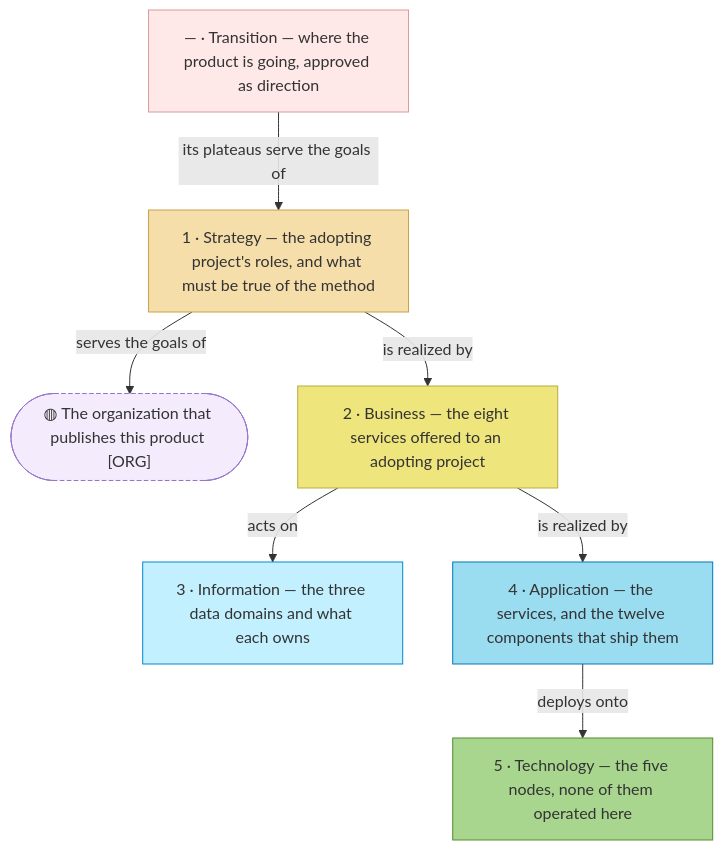
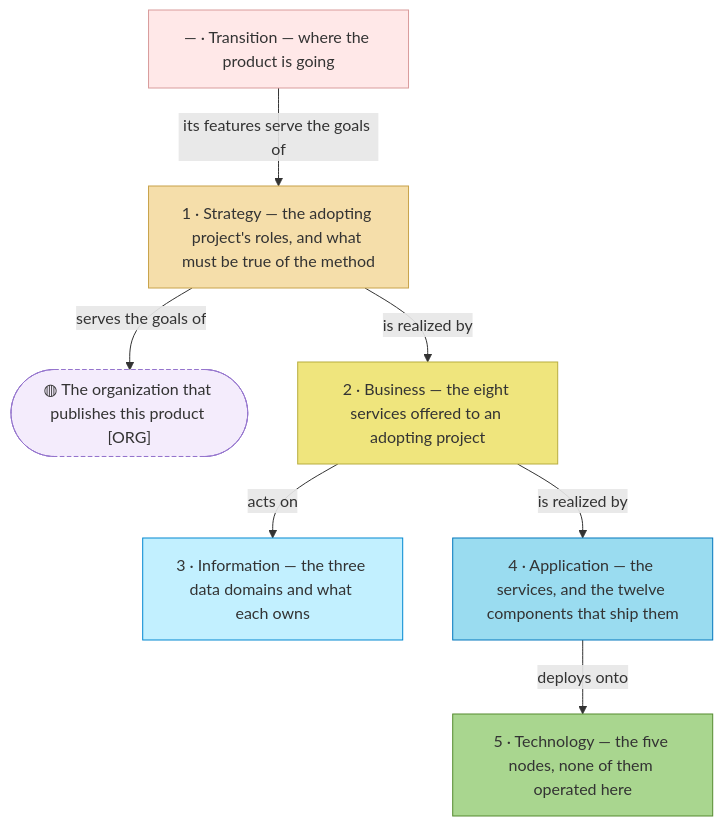
One commit to roanboc/architecture-archreator changed the diagram in product-archreator/architecture/README.md. Above: the diagram before and after it, drawn with Mermaid. The commit also changed other lines of this file and 12 other files, not shown here.

First line of the commit message:
docs: the owner's merge is the approval, and the roadmap speaks plainly

````diff
--- a/product-archreator/architecture/README.md
+++ b/product-archreator/architecture/README.md
@@ -16,26 +16,26 @@
 ```mermaid
 flowchart TB
   org(["◍ The organization that publishes this product [ORG]"]):::ext
 
   l1["1 · Strategy — the adopting project's roles, and what must be true of the method"]:::strategy
   l2["2 · Business — the eight services offered to an adopting project"]:::business
   l3["3 · Information — the three data domains and what each owns"]:::info
   l4["4 · Application — the services, and the twelve components that ship them"]:::app
   l5["5 · Technology — the five nodes, none of them operated here"]:::tech
-  l6["— · Transition — where the product is going, approved as direction"]:::transition
+  l6["— · Transition — where the product is going"]:::transition
 
   l1 -->|serves the goals of| org
   l1 -->|is realized by| l2
   l2 -->|acts on| l3
   l2 -->|is realized by| l4
   l4 -->|deploys onto| l5
-  l6 -->|its plateaus serve the goals of| l1
+  l6 -->|its features serve the goals of| l1
 
   classDef strategy fill:#f5deaa,stroke:#c8a24a,color:#333
   classDef business fill:#efe57d,stroke:#b8ad3f,color:#333
   classDef info fill:#c2f0ff,stroke:#0288d1,color:#333
   classDef app fill:#9adcf0,stroke:#0277bd,color:#333
   classDef tech fill:#a9d68f,stroke:#558b2f,color:#333
   classDef ext fill:#f4ecfc,stroke:#9575cd,color:#333,stroke-dasharray: 4 3
   classDef transition fill:#ffe8e8,stroke:#d99b9b,color:#333
 ```
````
